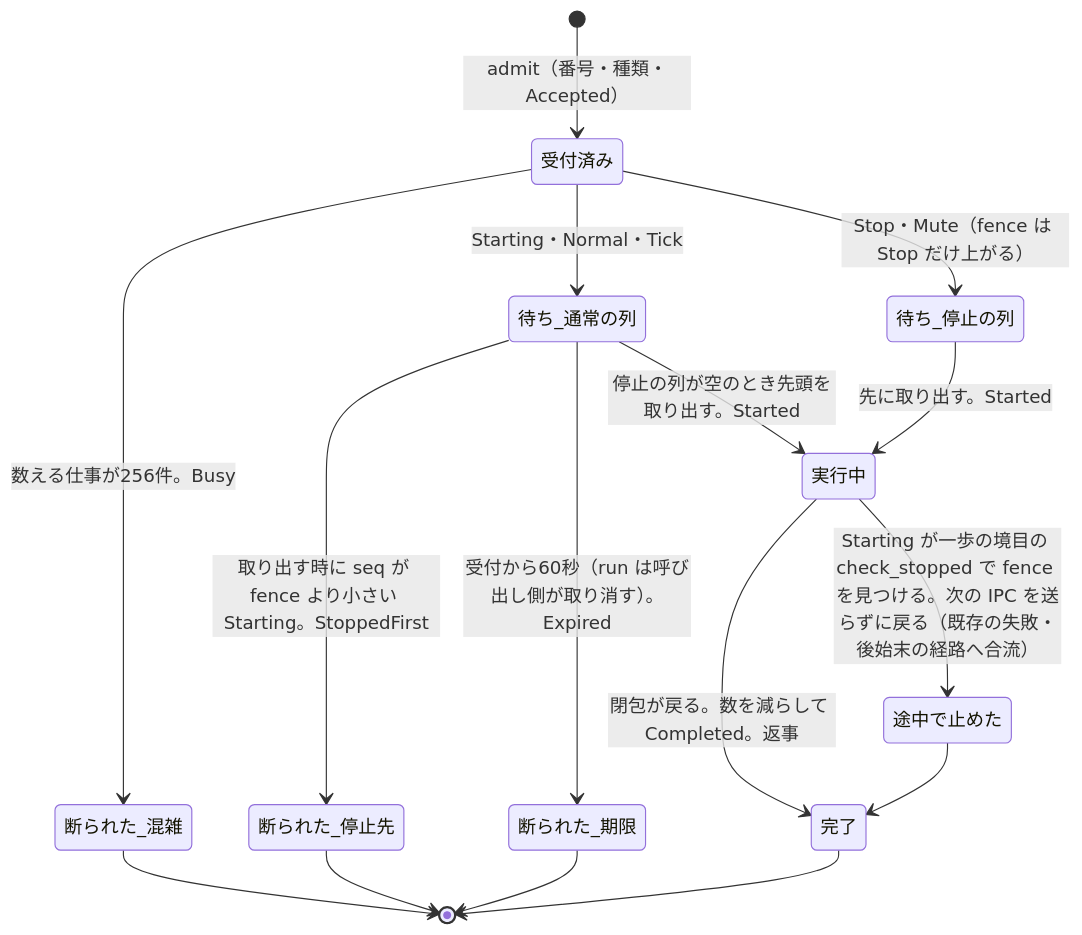
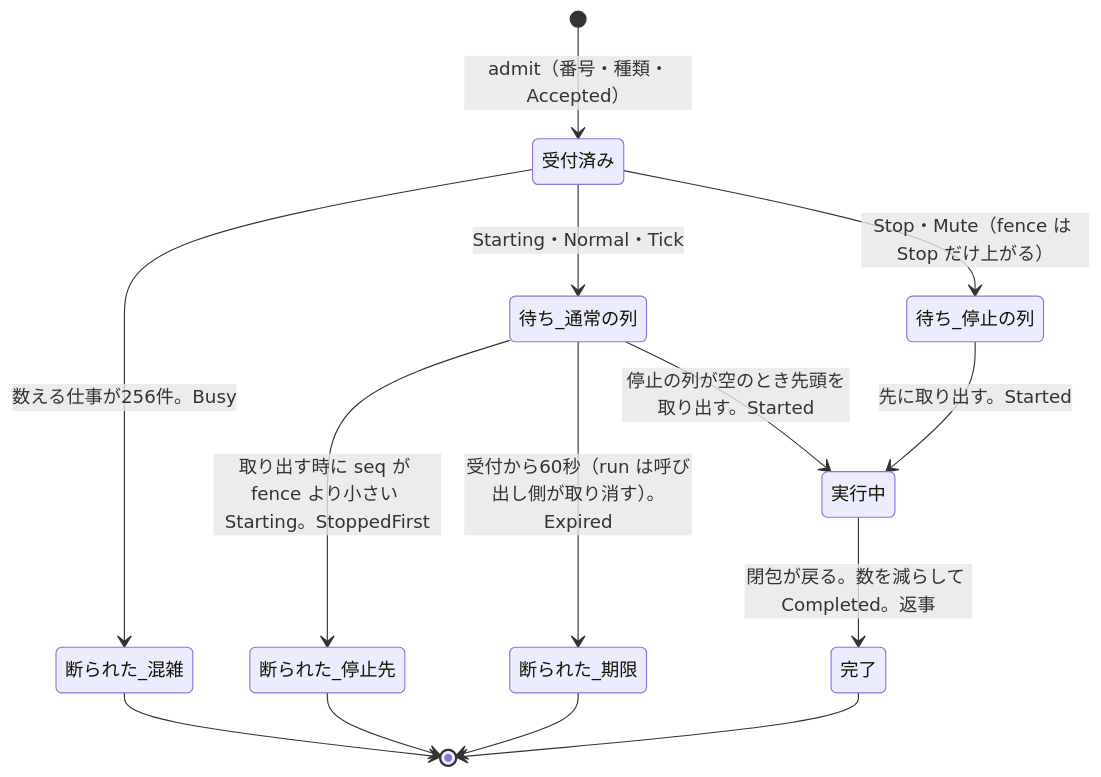
Before and after one commit to blackflame7983/Auralyn: the third of 3 diagrams in docs/plans/audio-session-f1b0b-design.md, drawn with Mermaid. The commit also changed other lines of this file, not shown here.

````diff
--- a/docs/plans/audio-session-f1b0b-design.md
+++ b/docs/plans/audio-session-f1b0b-design.md
@@ -1047,18 +1047,16 @@
 ```mermaid
 stateDiagram-v2
   [*] --> 受付済み: admit（番号・種類・Accepted）
   受付済み --> 断られた_混雑: 数える仕事が256件。Busy
   受付済み --> 待ち_通常の列: Starting・Normal・Tick
   受付済み --> 待ち_停止の列: Stop・Mute（fence は Stop だけ上がる）
   待ち_通常の列 --> 断られた_停止先: 取り出す時に seq が fence より小さい Starting。StoppedFirst
   待ち_通常の列 --> 断られた_期限: 受付から60秒（run は呼び出し側が取り消す）。Expired
   待ち_通常の列 --> 実行中: 停止の列が空のとき先頭を取り出す。Started
   待ち_停止の列 --> 実行中: 先に取り出す。Started
   実行中 --> 完了: 閉包が戻る。数を減らして Completed。返事
-  実行中 --> 途中で止めた: Starting が一歩の境目の check_stopped で fence を見つける。次の IPC を送らずに戻る（既存の失敗・後始末の経路へ合流）
-  途中で止めた --> 完了
   完了 --> [*]
   断られた_混雑 --> [*]
   断られた_停止先 --> [*]
   断られた_期限 --> [*]
 ```
````
